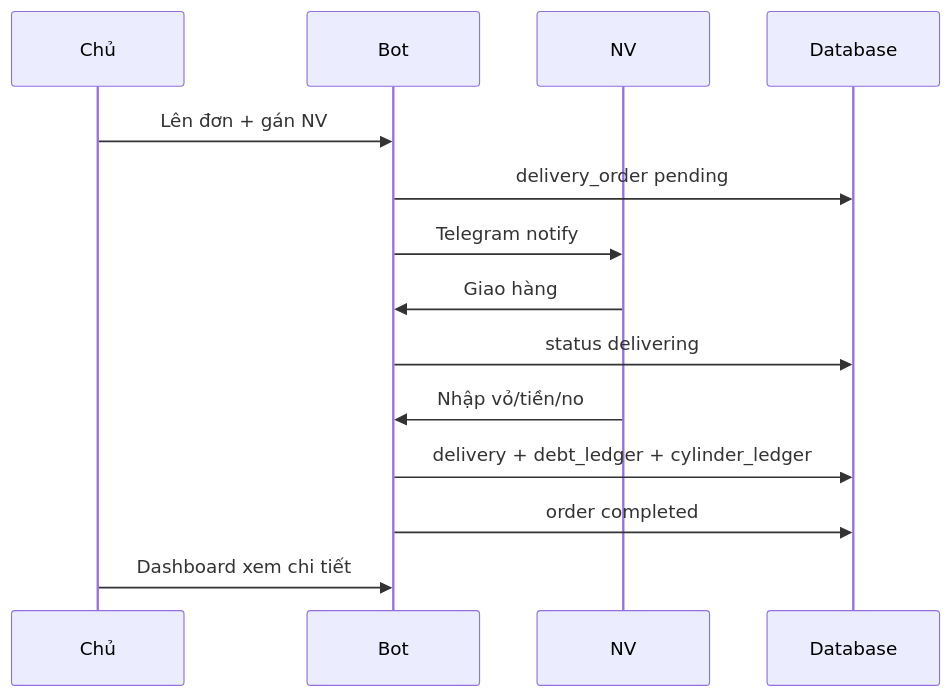
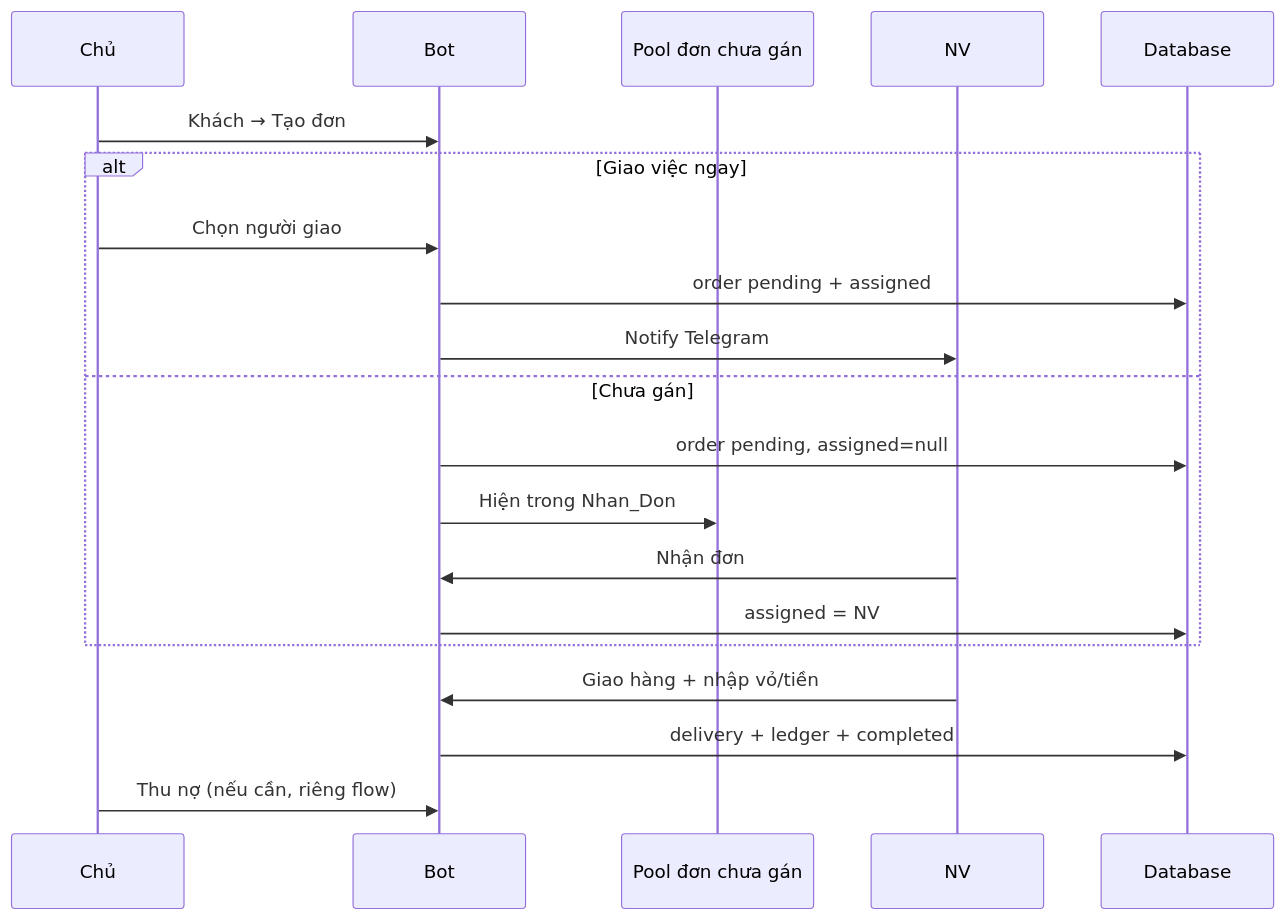
One commit to hhhoanghuy/quanlydailygas changed the diagram in docs/05-user-flow.md. Above: the diagram before and after it, drawn with Mermaid. The commit also changed other lines of this file and 9 other files, not shown here.

````diff
--- a/docs/05-user-flow.md
+++ b/docs/05-user-flow.md
@@ -122,17 +252,23 @@
 ```mermaid
 sequenceDiagram
   participant C as Chủ
   participant B as Bot
+  participant P as Pool đơn chưa gán
   participant NV as NV
   participant DB as Database
 
-  C->>B: Lên đơn + gán NV
-  B->>DB: delivery_order pending
-  B->>NV: Telegram notify
-  NV->>B: Giao hàng
-  B->>DB: status delivering
-  NV->>B: Nhập vỏ/tiền/no
-  B->>DB: delivery + debt_ledger + cylinder_ledger
-  B->>DB: order completed
-  C->>B: Dashboard xem chi tiết
+  C->>B: Khách → Tạo đơn
+  alt Giao việc ngay
+    C->>B: Chọn người giao
+    B->>DB: order pending + assigned
+    B->>NV: Notify Telegram
+  else Chưa gán
+    B->>DB: order pending, assigned=null
+    B->>P: Hiện trong Nhan_Don
+    NV->>B: Nhận đơn
+    B->>DB: assigned = NV
+  end
+  NV->>B: Giao hàng + nhập vỏ/tiền
+  B->>DB: delivery + ledger + completed
+  C->>B: Thu nợ (nếu cần, riêng flow)
 ```
````
